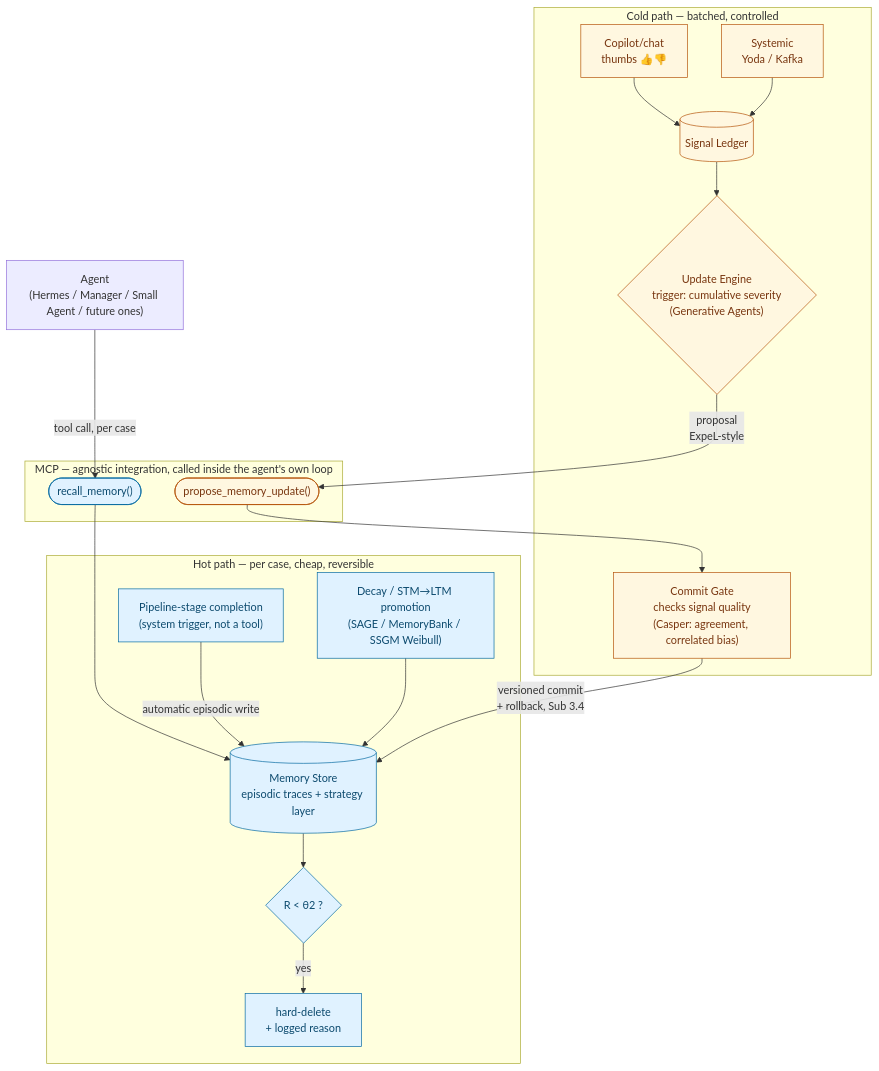
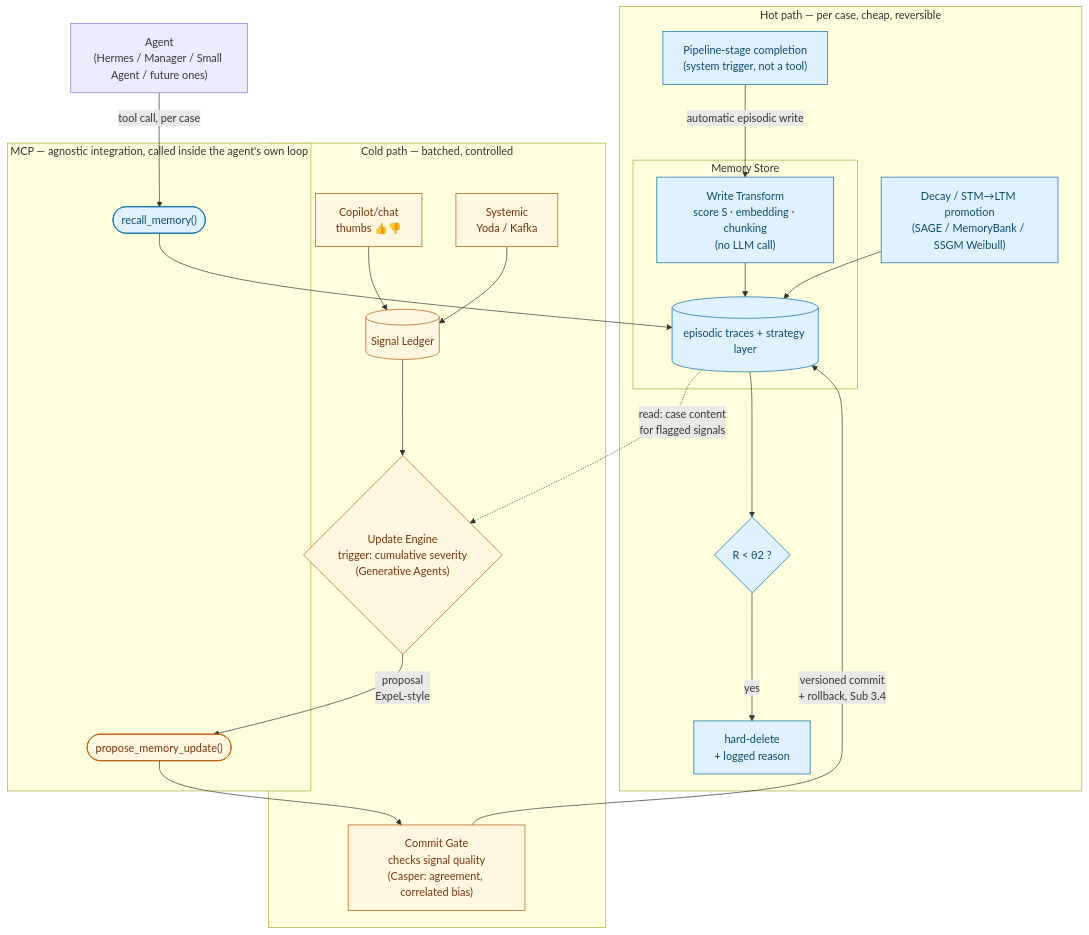
The diagram in discussion/knowledge-as-infra-architecture-hypothesis.md (rc-ventura/memory_layer_ai_agents), drawn with Mermaid before and after one commit. The commit also changed other lines of this file and 7 other files, not shown here.

````diff
--- a/discussion/knowledge-as-infra-architecture-hypothesis.md
+++ b/discussion/knowledge-as-infra-architecture-hypothesis.md
@@ -17,34 +17,38 @@
 ```mermaid
 flowchart TB
     Agent["Agent<br/>(Hermes / Manager / Small Agent / future ones)"]
 
     subgraph MCP["MCP — agnostic integration, called inside the agent's own loop"]
         Recall(["recall_memory()"])
         Propose(["propose_memory_update()"])
     end
 
     Agent -->|tool call, per case| Recall
     PipelineEvent["Pipeline-stage completion<br/>(system trigger, not a tool)"]
 
     subgraph Hot["Hot path — per case, cheap, reversible"]
-        Recall --> Store[("Memory Store<br/>episodic traces + strategy layer")]
-        PipelineEvent -->|automatic episodic write| Store
+        PipelineEvent -->|automatic episodic write| Transform
+        subgraph StoreBox["Memory Store"]
+            Transform["Write Transform<br/>score S · embedding · chunking<br/>(no LLM call)"] --> Store[("episodic traces + strategy layer")]
+        end
+        Recall --> Store
         Decay["Decay / STM→LTM promotion<br/>(SAGE / MemoryBank / SSGM Weibull)"] --> Store
         Store --> HardDelete{"R < θ2 ?"}
         HardDelete -->|yes| Deleted["hard-delete<br/>+ logged reason"]
     end
 
     subgraph Cold["Cold path — batched, controlled"]
         Copilot["Copilot/chat<br/>thumbs 👍👎"] --> Ledger[("Signal Ledger")]
         Systemic["Systemic<br/>Yoda / Kafka"] --> Ledger
         Ledger --> Engine{"Update Engine<br/>trigger: cumulative severity<br/>(Generative Agents)"}
+        Store -.->|read: case content<br/>for flagged signals| Engine
         Engine -->|proposal<br/>ExpeL-style| Propose
         Propose --> Gate["Commit Gate<br/>checks signal quality<br/>(Casper: agreement, correlated bias)"]
         Gate -->|versioned commit<br/>+ rollback, Sub 3.4| Store
     end
 
     classDef hot fill:#e0f2ff,stroke:#0369a1,color:#0c4a6e
     classDef cold fill:#fff7e0,stroke:#b45309,color:#78350f
-    class Recall,Store,Decay,HardDelete,Deleted,PipelineEvent hot
+    class Recall,Store,Decay,HardDelete,Deleted,PipelineEvent,Transform hot
     class Copilot,Systemic,Ledger,Engine,Propose,Gate cold
 ```
````
